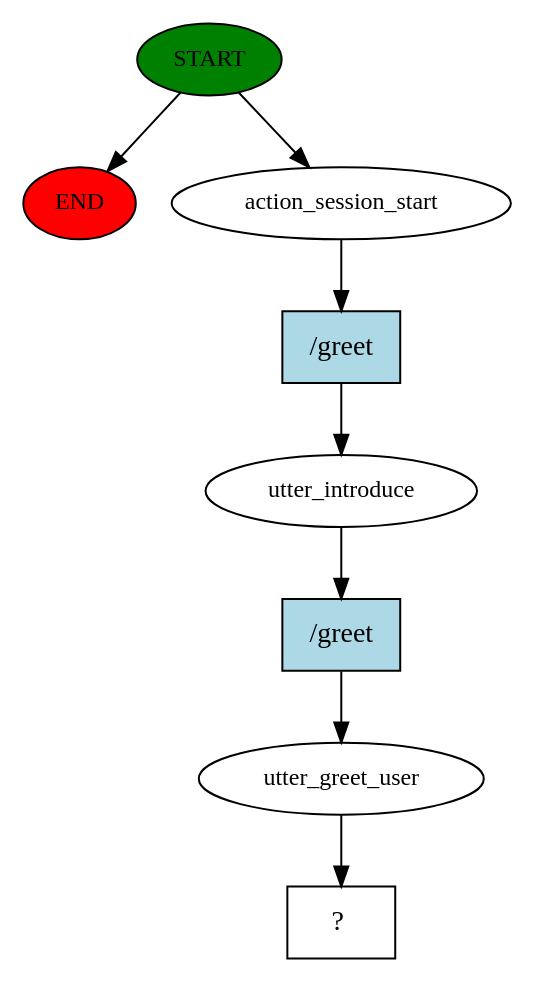
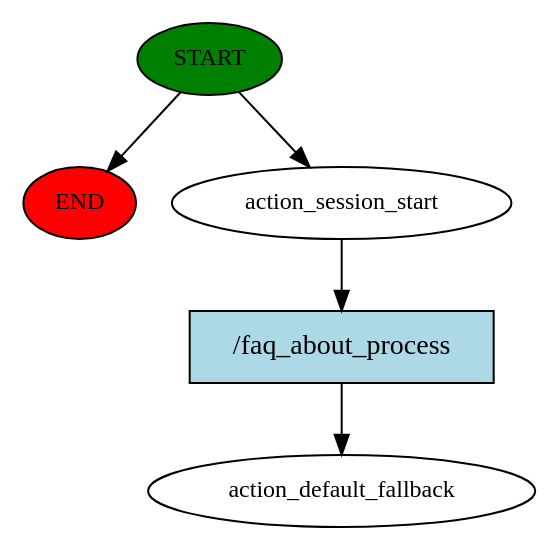
The diagram in story_graph.dot (HR30-coder/rasa_chatbot), drawn with Graphviz before and after one commit. The commit also changed 8 other files, not shown here.

```diff
--- a/story_graph.dot
+++ b/story_graph.dot
@@ -1,17 +1,11 @@
 digraph  {
 0 [class="start active", fillcolor=green, fontsize=12, label=START, style=filled];
 "-1" [class=end, fillcolor=red, fontsize=12, label=END, style=filled];
 1 [class=active, fontsize=12, label=action_session_start];
-2 [class=active, fontsize=12, label=utter_introduce];
-3 [class=active, fontsize=12, label=utter_greet_user];
-4 [class="intent dashed active", label="  ?  ", shape=rect];
-5 [class="intent active", fillcolor=lightblue, label="/greet", shape=rect, style=filled];
-6 [class="intent active", fillcolor=lightblue, label="/greet", shape=rect, style=filled];
+2 [class="dashed active", fontsize=12, label=action_default_fallback];
+3 [class="intent active", fillcolor=lightblue, label="/faq_about_process", shape=rect, style=filled];
 0 -> "-1"  [class="", key=NONE, label=""];
 0 -> 1  [class=active, key=NONE, label=""];
-1 -> 5  [class=active, key=0];
-2 -> 6  [class=active, key=0];
-3 -> 4  [class=active, key=NONE, label=""];
-5 -> 2  [class=active, key=0];
-6 -> 3  [class=active, key=0];
+1 -> 3  [class=active, key=0];
+3 -> 2  [class=active, key=0];
 }
```
